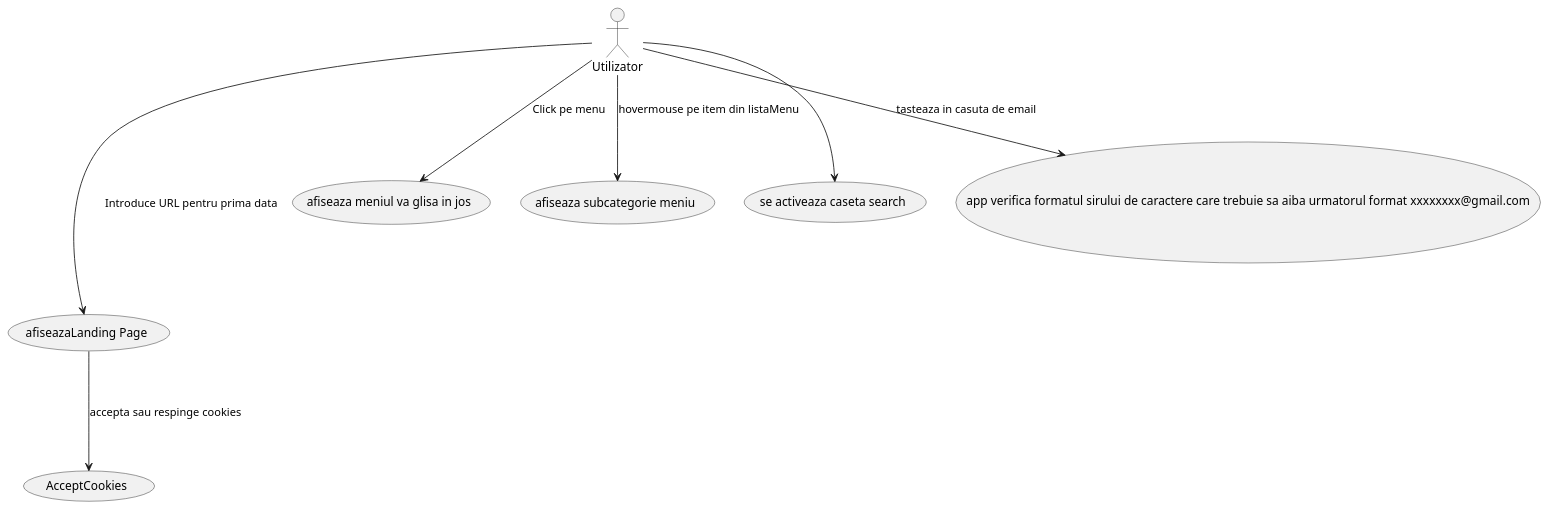
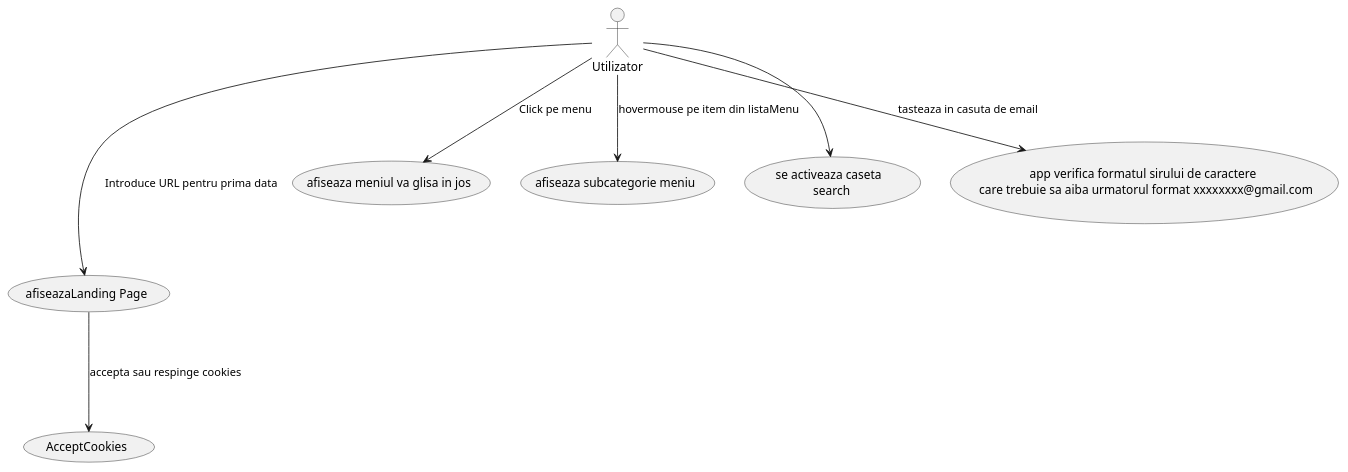
Before and after one commit to mih1tm/APP_PROTOTIP: the diagram in UseCase.puml, drawn with PlantUML.

```diff
--- a/UseCase.puml
+++ b/UseCase.puml
@@ -1,23 +1,23 @@
 @startuml
 'https://plantuml.com/use-case-diagram
 
 :Utilizator: as user
 
 user ---> (afiseazaLanding Page) : Introduce URL pentru prima data
 
 (afiseazaLanding Page) ---> (AcceptCookies) : accepta sau respinge cookies
 
 
 user --> (afiseaza meniul va glisa in jos) : Click pe menu
 
 user --> (afiseaza subcategorie meniu) : hovermouse pe item din listaMenu
 
-user --> (se activeaza caseta search)
+user --> (se activeaza caseta \n search)
 
-user --> (app verifica formatul sirului de caractere care trebuie sa aiba urmatorul format xxxxxxxx@gmail.com) : tasteaza in casuta de email
+user --> (app verifica formatul sirului de caractere \n care trebuie sa aiba urmatorul format xxxxxxxx@gmail.com) : tasteaza in casuta de email
 
 
 
 
 
 @enduml
```
